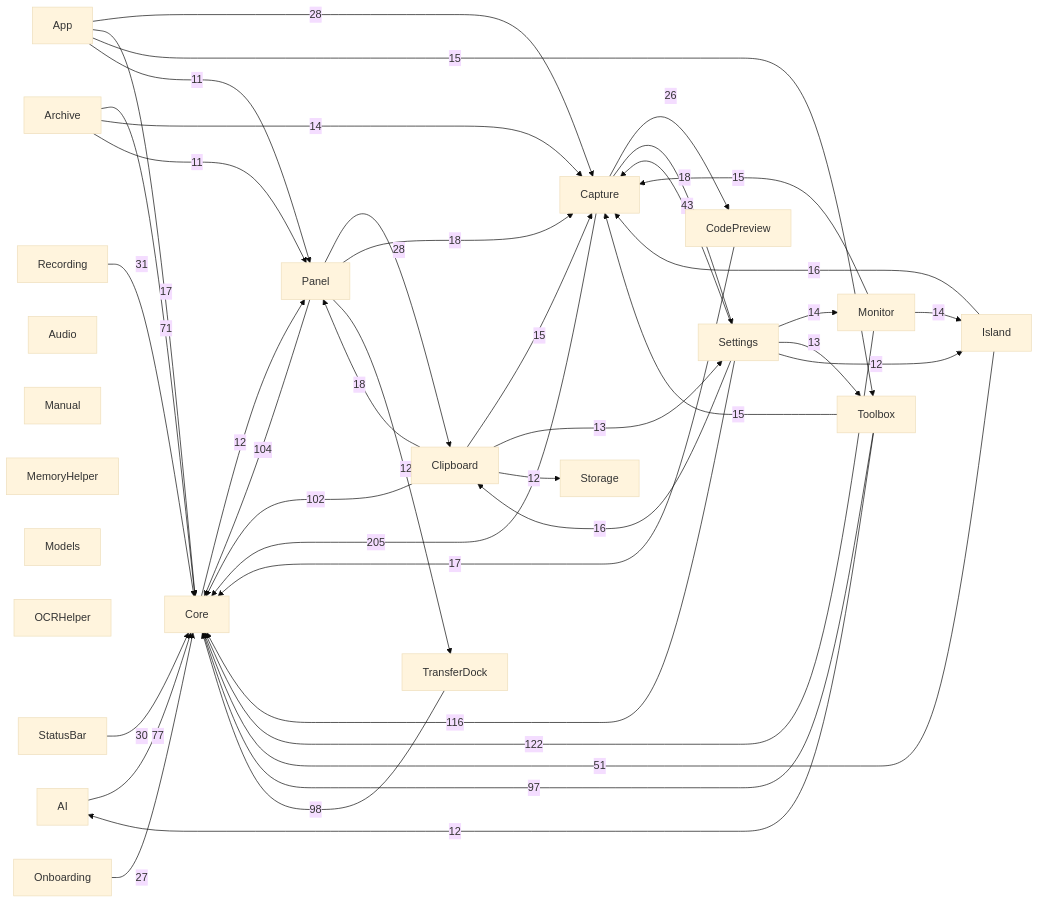
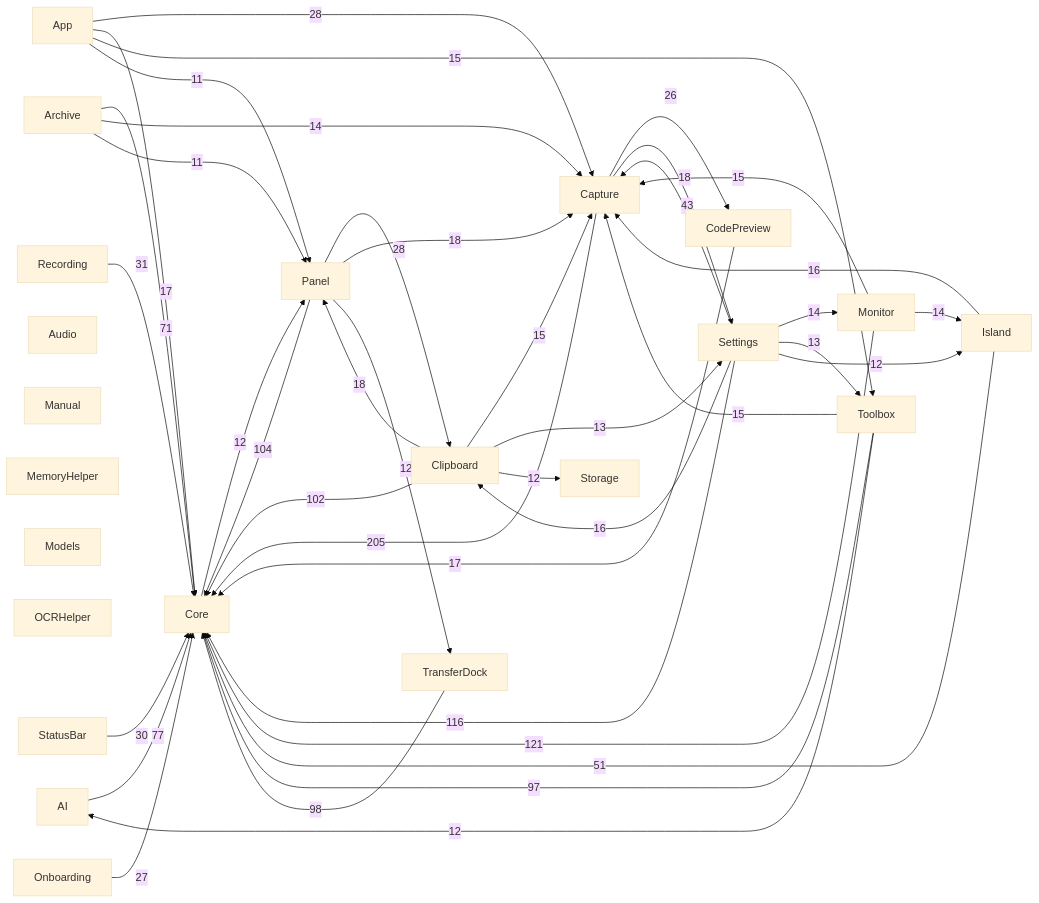
One commit to sxyq/Kitnest changed the diagram in docs/00-总览/模块依赖图.md. Above: the diagram before and after it, drawn with Mermaid (base theme). The commit also changed other lines of this file and 7 other files, not shown here.

````diff
--- a/docs/00-总览/模块依赖图.md
+++ b/docs/00-总览/模块依赖图.md
@@ -36,65 +36,65 @@
 ```mermaid
 flowchart LR
   M0["AI"]
   M1["App"]
   M2["Archive"]
   M3["Audio"]
   M4["Capture"]
   M5["Clipboard"]
   M6["CodePreview"]
   M7["Core"]
   M8["Island"]
   M9["Manual"]
   M10["MemoryHelper"]
   M11["Models"]
   M12["Monitor"]
   M13["OCRHelper"]
   M14["Onboarding"]
   M15["Panel"]
   M16["Recording"]
   M17["Settings"]
   M18["StatusBar"]
   M19["Storage"]
   M20["Toolbox"]
   M21["TransferDock"]
   M4 -->|205| M7
-  M12 -->|122| M7
+  M12 -->|121| M7
   M17 -->|116| M7
   M15 -->|104| M7
   M5 -->|102| M7
   M21 -->|98| M7
   M20 -->|97| M7
   M0 -->|77| M7
   M2 -->|71| M7
   M8 -->|51| M7
   M17 -->|43| M4
   M16 -->|31| M7
   M18 -->|30| M7
   M1 -->|28| M4
   M15 -->|28| M5
   M14 -->|27| M7
   M4 -->|26| M6
   M4 -->|18| M17
   M5 -->|18| M15
   M15 -->|18| M4
   M1 -->|17| M7
   M6 -->|17| M7
   M8 -->|16| M4
   M17 -->|16| M5
   M1 -->|15| M20
   M5 -->|15| M4
   M12 -->|15| M4
   M20 -->|15| M4
   M2 -->|14| M4
   M12 -->|14| M8
   M17 -->|14| M12
   M5 -->|13| M17
   M17 -->|13| M20
   M7 -->|12| M15
   M5 -->|12| M19
   M15 -->|12| M21
   M17 -->|12| M8
   M20 -->|12| M0
   M1 -->|11| M15
   M2 -->|11| M15
 ```
````
